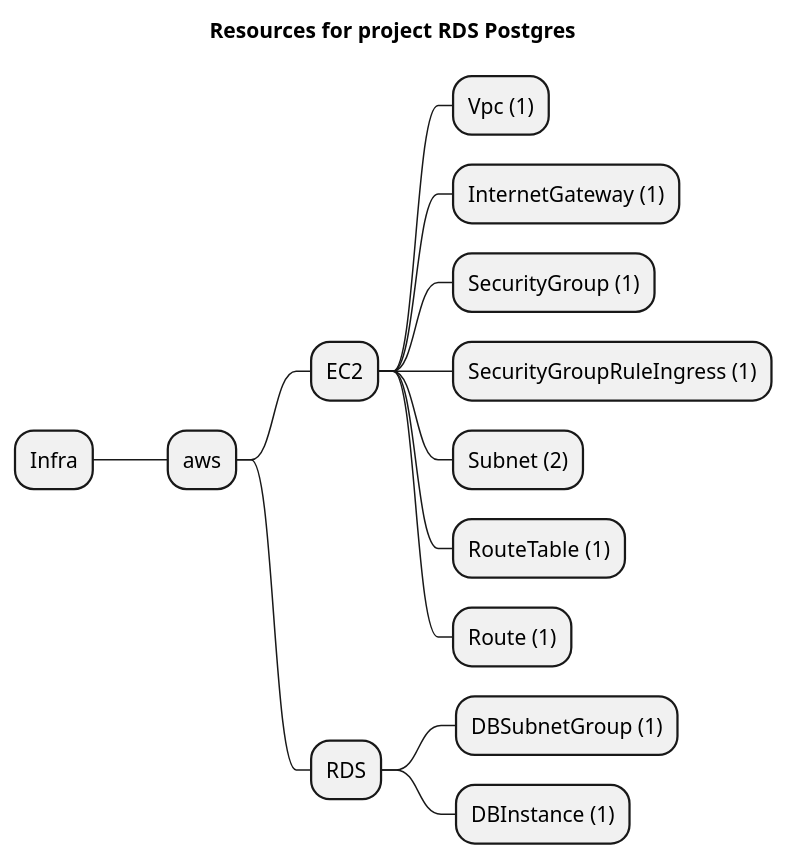
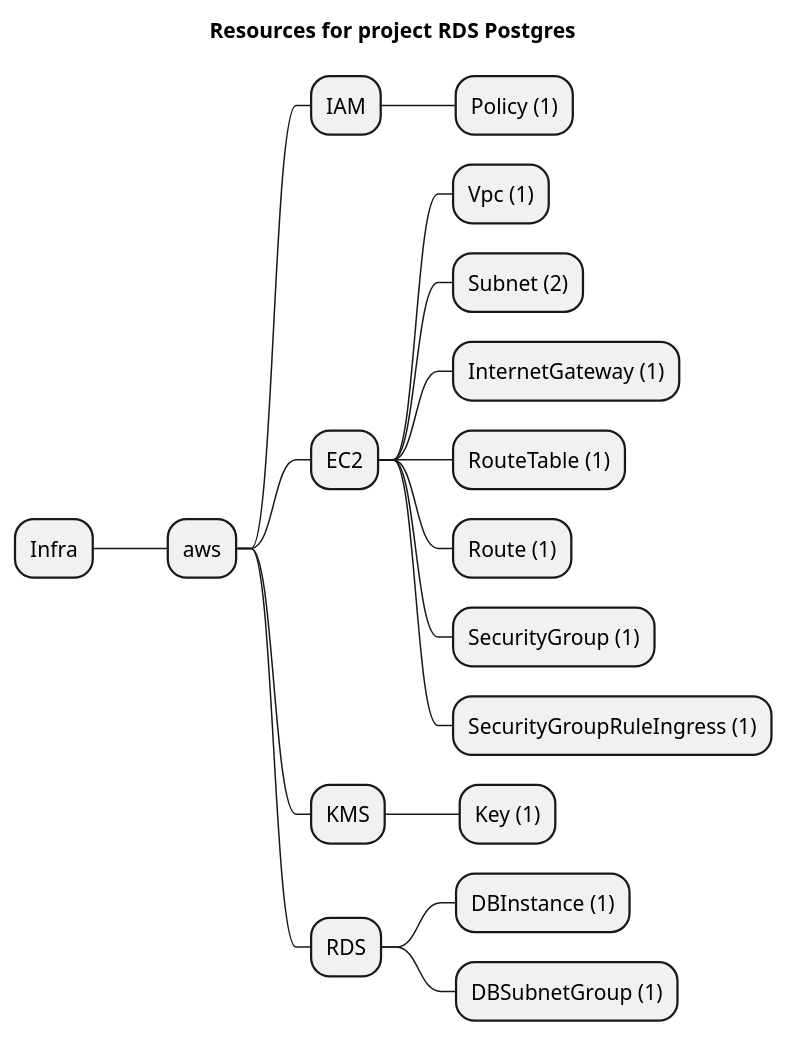
The diagram in examples/aws/rds/postgres/artifacts/resources-mindmap.puml (grucloud/grucloud), drawn with PlantUML before and after one commit. The commit also changed 288 other files, not shown here.

```diff
--- a/examples/aws/rds/postgres/artifacts/resources-mindmap.puml
+++ b/examples/aws/rds/postgres/artifacts/resources-mindmap.puml
@@ -1,17 +1,21 @@
 @startmindmap
 title Resources for project RDS Postgres
 skinparam monochrome true
 + Infra
 ++ aws
++++ IAM
+++++ Policy (1)
 +++ EC2
 ++++ Vpc (1)
+++++ Subnet (2)
 ++++ InternetGateway (1)
+++++ RouteTable (1)
+++++ Route (1)
 ++++ SecurityGroup (1)
 ++++ SecurityGroupRuleIngress (1)
-++++ Subnet (2)
-++++ RouteTable (1)
-++++ Route (1)
++++ KMS
+++++ Key (1)
 +++ RDS
+++++ DBInstance (1)
 ++++ DBSubnetGroup (1)
-++++ DBInstance (1)
 @endmindmap
```
